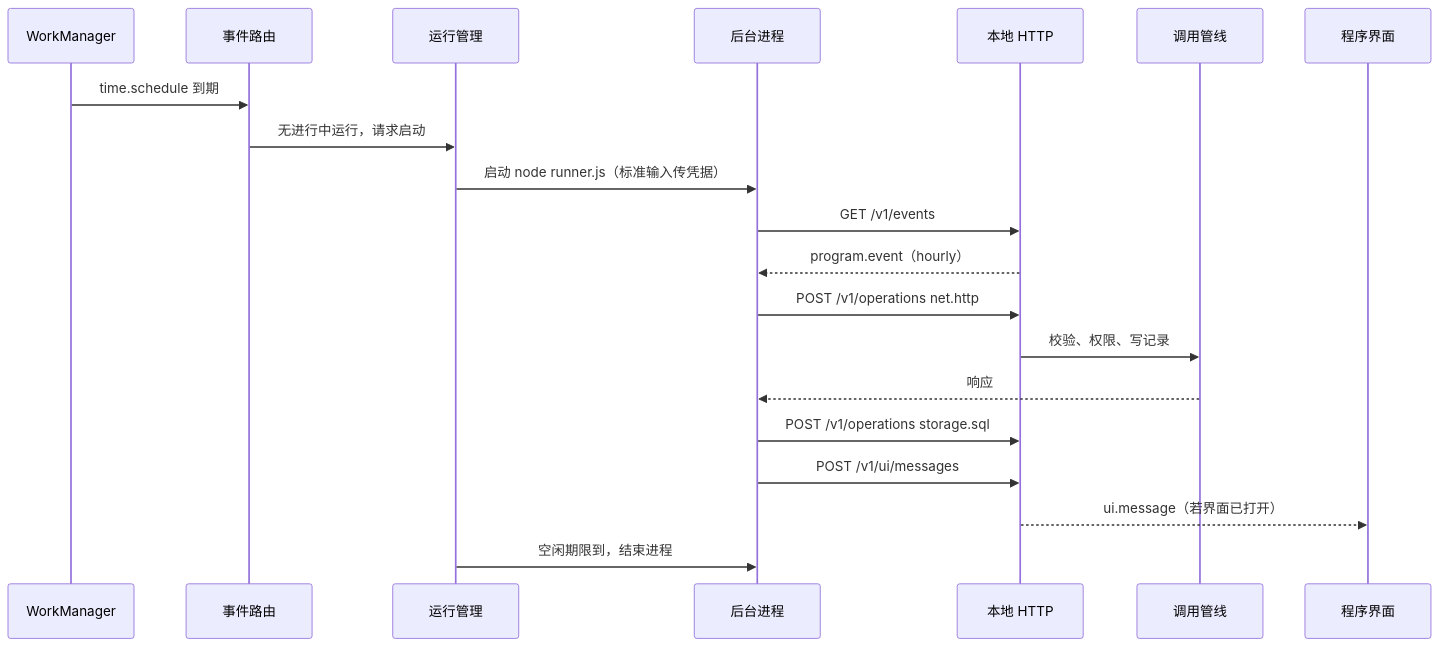
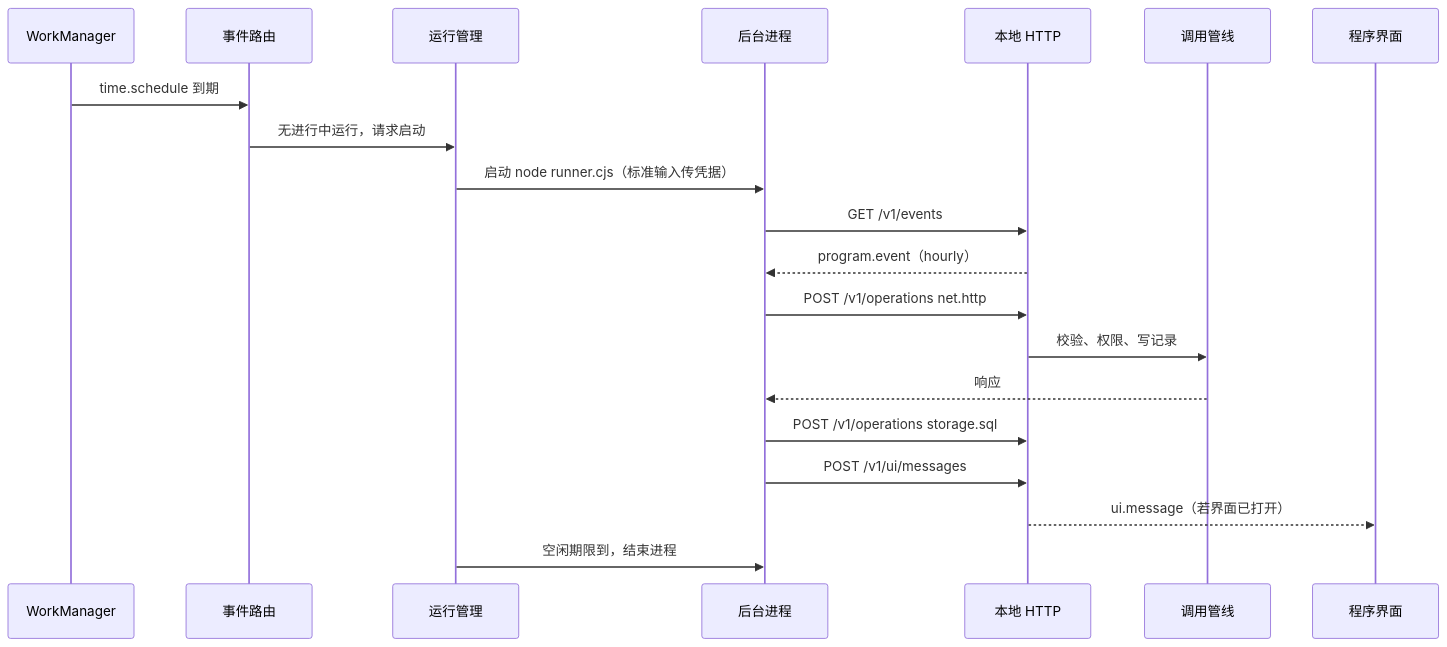
One commit to ytlog/mobby changed the fourth of 4 diagrams in docs/design/program-platform-architecture.md. Above: the diagram before and after it, drawn with Mermaid. The commit also changed other lines of this file and 12 other files, not shown here.

````diff
--- a/docs/design/program-platform-architecture.md
+++ b/docs/design/program-platform-architecture.md
@@ -558,22 +560,22 @@
 ```mermaid
 sequenceDiagram
     participant W as WorkManager
     participant R as 事件路由
     participant M as 运行管理
     participant N as 后台进程
     participant H as 本地 HTTP
     participant G as 调用管线
     participant V as 程序界面
     W->>R: time.schedule 到期
     R->>M: 无进行中运行，请求启动
-    M->>N: 启动 node runner.js（标准输入传凭据）
+    M->>N: 启动 node runner.cjs（标准输入传凭据）
     N->>H: GET /v1/events
     H-->>N: program.event（hourly）
     N->>H: POST /v1/operations net.http
     H->>G: 校验、权限、写记录
     G-->>N: 响应
     N->>H: POST /v1/operations storage.sql
     N->>H: POST /v1/ui/messages
     H-->>V: ui.message（若界面已打开）
     M->>N: 空闲期限到，结束进程
 ```
````
